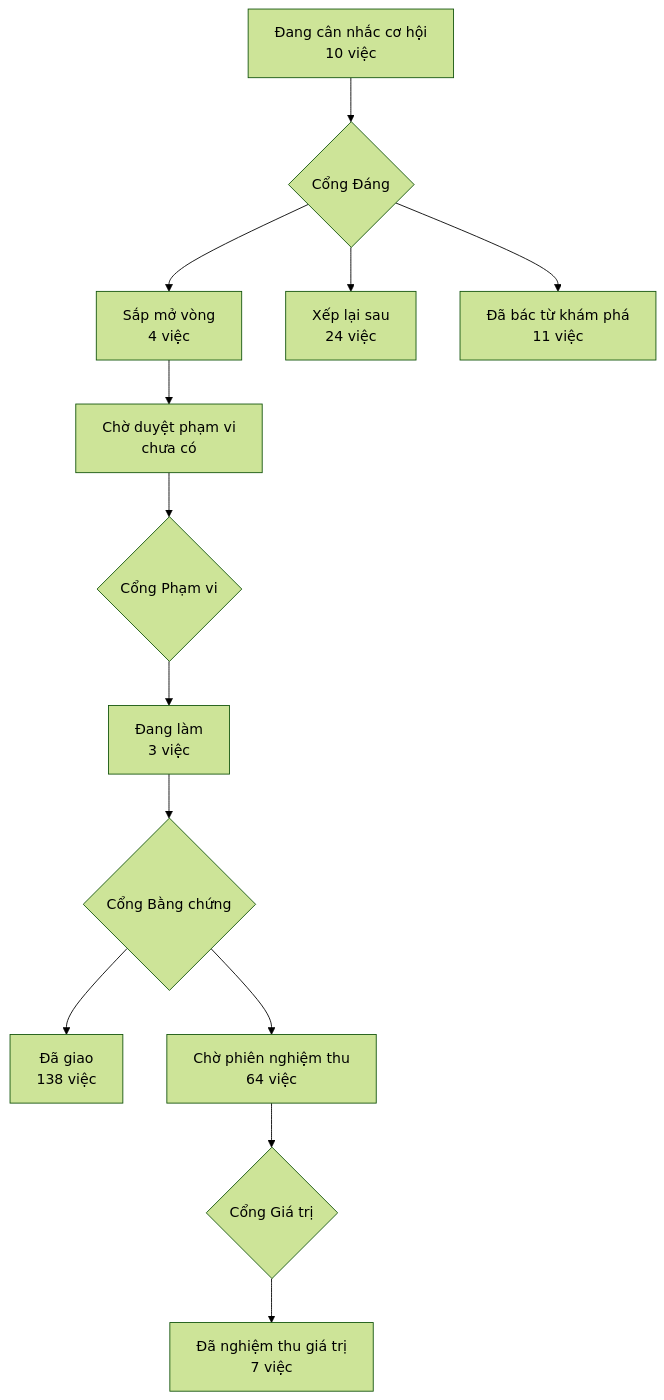
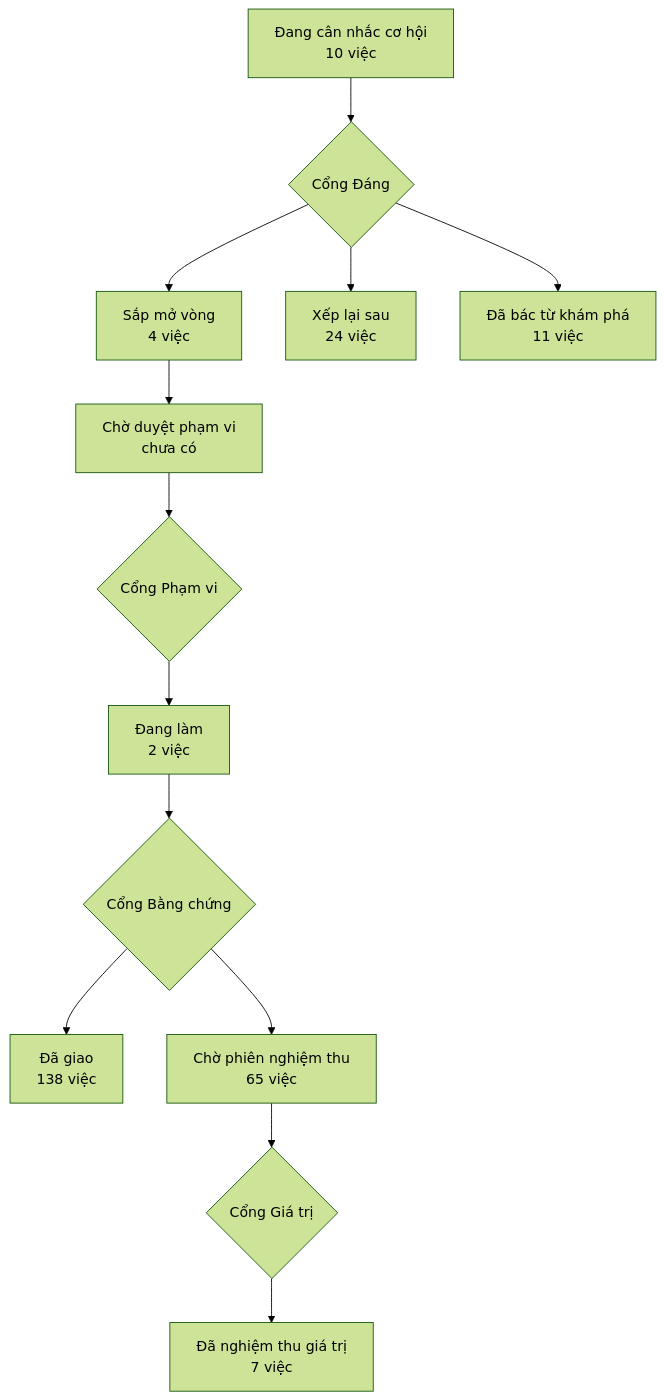
One commit to phanlemanh/acceptance-gate-kit changed the diagram in PRODUCT-MAP.md. Above: the diagram before and after it, drawn with Mermaid (forest theme). The commit also changed 7 other files, not shown here.

````diff
--- a/PRODUCT-MAP.md
+++ b/PRODUCT-MAP.md
@@ -7,12 +7,12 @@
 ```mermaid
 flowchart TD
   A["Đang cân nhắc cơ hội<br/>10 việc"] --> GD{"Cổng Đáng"}
   GD --> B["Sắp mở vòng<br/>4 việc"]
   GD --> XL["Xếp lại sau<br/>24 việc"]
   GD --> DB["Đã bác từ khám phá<br/>11 việc"]
   B --> CD["Chờ duyệt phạm vi<br/>chưa có"] --> GP{"Cổng Phạm vi"}
-  GP --> DL["Đang làm<br/>3 việc"] --> GB{"Cổng Bằng chứng"}
+  GP --> DL["Đang làm<br/>2 việc"] --> GB{"Cổng Bằng chứng"}
   GB --> DG["Đã giao<br/>138 việc"]
-  GB --> CN["Chờ phiên nghiệm thu<br/>64 việc"] --> GG{"Cổng Giá trị"}
+  GB --> CN["Chờ phiên nghiệm thu<br/>65 việc"] --> GG{"Cổng Giá trị"}
   GG --> NT["Đã nghiệm thu giá trị<br/>7 việc"]
 ```
````
